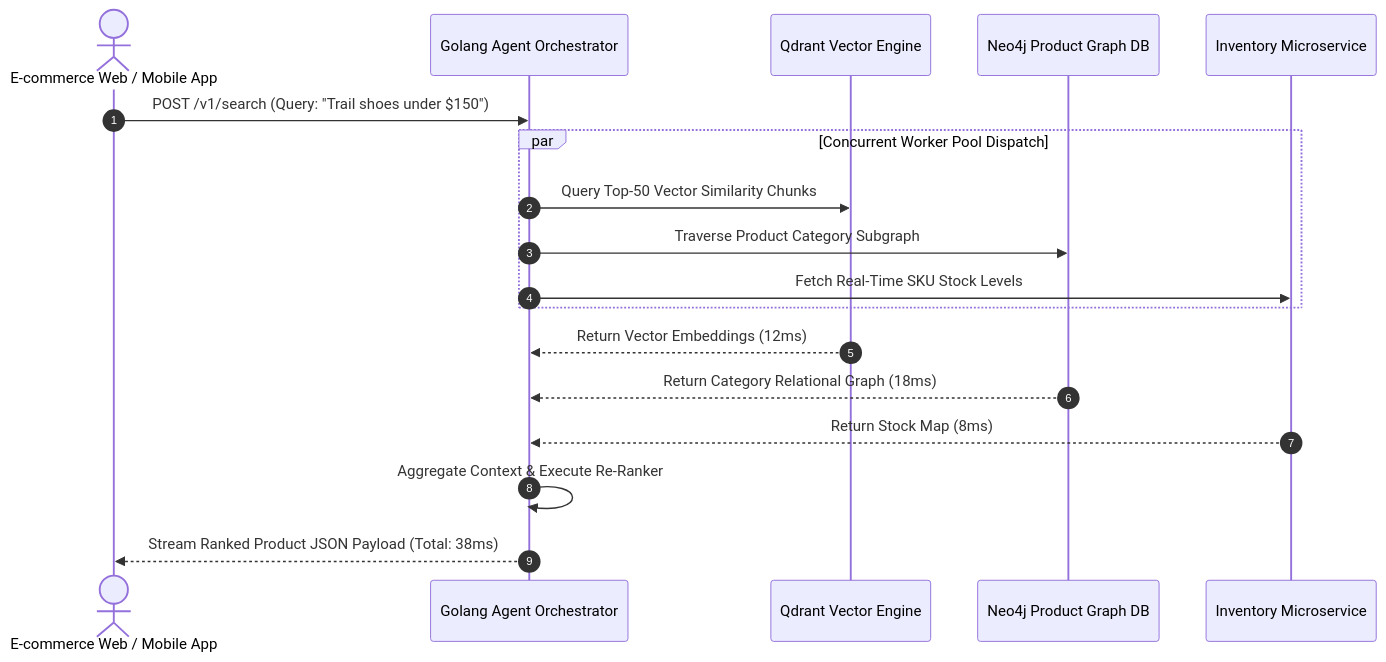
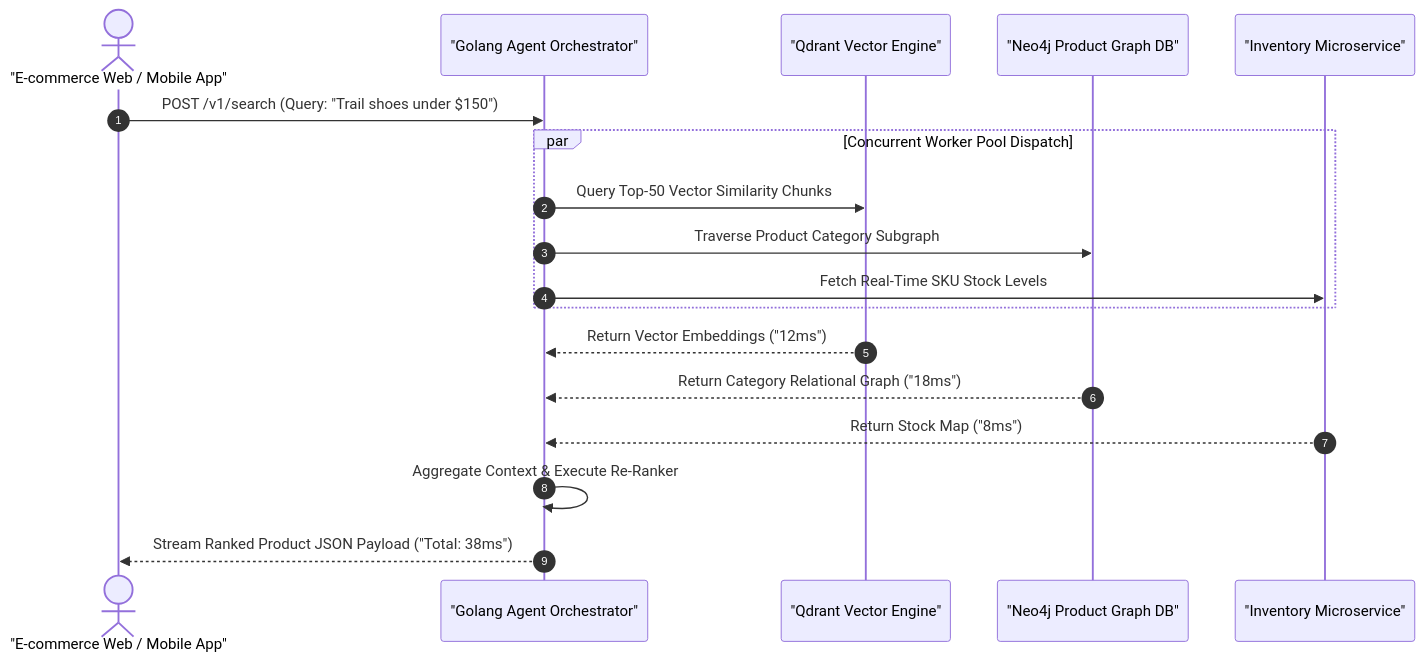
Before and after one commit to vesviet/vesviet: the diagram in content/series/agentic-ecommerce-search/part-1-golang-orchestration.md, drawn with Mermaid. The commit also changed other lines of this file and 331 other files, not shown here.

````diff
--- a/content/series/agentic-ecommerce-search/part-1-golang-orchestration.md
+++ b/content/series/agentic-ecommerce-search/part-1-golang-orchestration.md
@@ -37,24 +40,24 @@
 ```mermaid
 sequenceDiagram
     autonumber
-    actor Client as E-commerce Web / Mobile App
-    participant Orch as Golang Agent Orchestrator
-    participant Vector as Qdrant Vector Engine
-    participant Graph as Neo4j Product Graph DB
-    participant Stock as Inventory Microservice
+    actor Client as "E-commerce Web / Mobile App"
+    participant Orch as "Golang Agent Orchestrator"
+    participant Vector as "Qdrant Vector Engine"
+    participant Graph as "Neo4j Product Graph DB"
+    participant Stock as "Inventory Microservice"
 
     Client->>Orch: POST /v1/search (Query: "Trail shoes under $150")
     
     par Concurrent Worker Pool Dispatch
         Orch->>Vector: Query Top-50 Vector Similarity Chunks
         Orch->>Graph: Traverse Product Category Subgraph
         Orch->>Stock: Fetch Real-Time SKU Stock Levels
     end
 
-    Vector-->>Orch: Return Vector Embeddings (12ms)
-    Graph-->>Orch: Return Category Relational Graph (18ms)
-    Stock-->>Orch: Return Stock Map (8ms)
+    Vector-->>Orch: Return Vector Embeddings ("12ms")
+    Graph-->>Orch: Return Category Relational Graph ("18ms")
+    Stock-->>Orch: Return Stock Map ("8ms")
 
     Orch->>Orch: Aggregate Context & Execute Re-Ranker
-    Orch-->>Client: Stream Ranked Product JSON Payload (Total: 38ms)
+    Orch-->>Client: Stream Ranked Product JSON Payload ("Total: 38ms")
 ```
````
